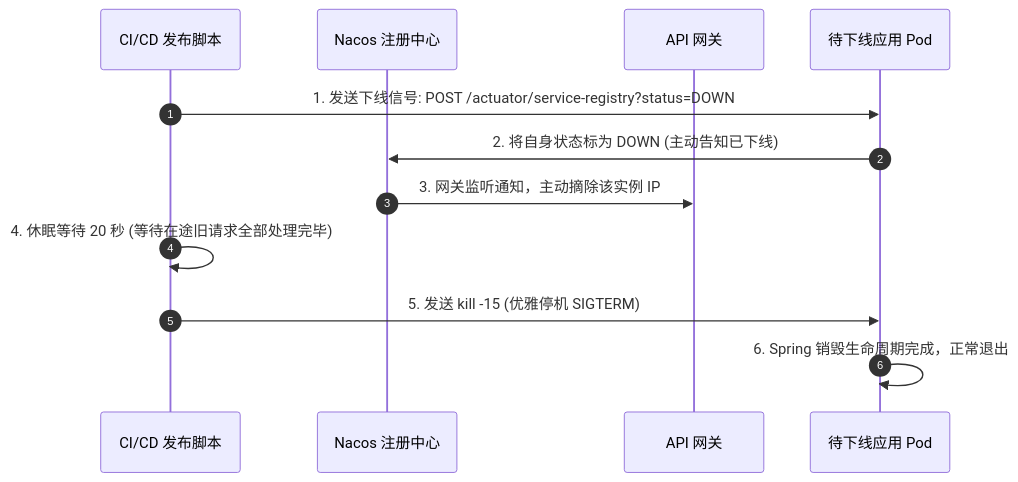
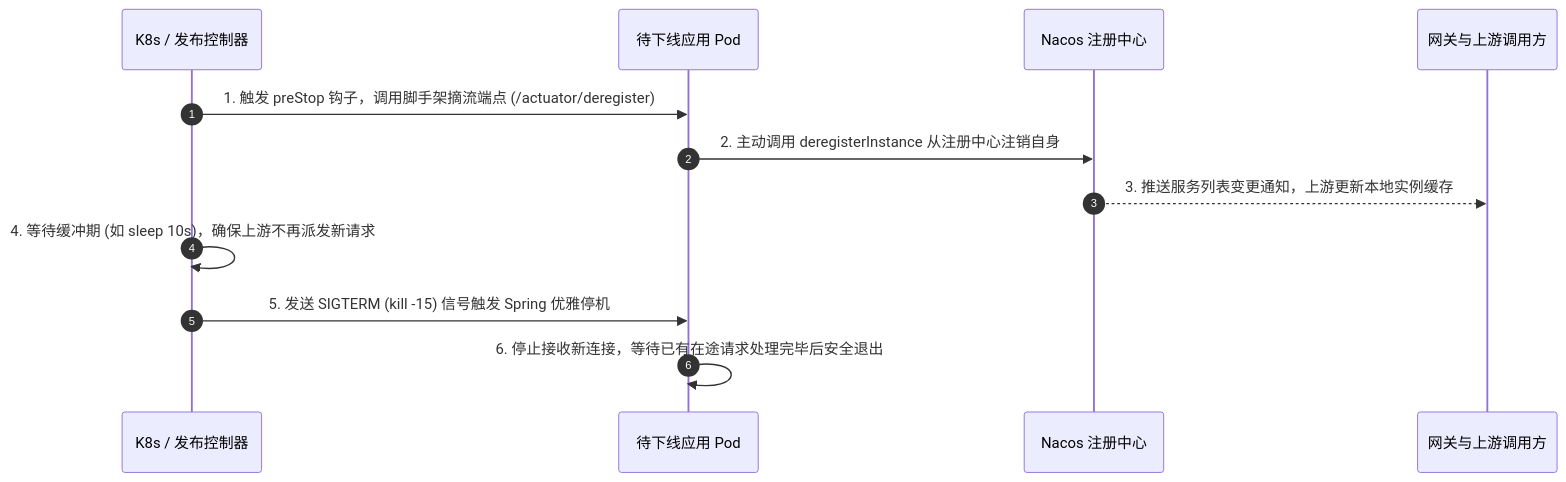
Before and after one commit to GuoWWWX/knowledge-base: the second of 2 diagrams in 20-Java后端/09-项目实战/04-项目-微服务治理脚手架.md, drawn with Mermaid. The commit also changed other lines of this file and 251 other files, not shown here.

````diff
--- a/20-Java后端/09-项目实战/04-项目-微服务治理脚手架.md
+++ b/20-Java后端/09-项目实战/04-项目-微服务治理脚手架.md
@@ -225,15 +229,15 @@
 ```mermaid
 sequenceDiagram
     autonumber
-    participant CICD as CI/CD 发布脚本
+    participant K8s as K8s / 发布控制器
+    participant Pod as 待下线应用 Pod
     participant Nacos as Nacos 注册中心
-    participant Gateway as API 网关
-    participant Pod as 待下线应用 Pod
+    participant Upstream as 网关与上游调用方
 
-    CICD->>Pod: 1. 发送下线信号: POST /actuator/service-registry?status=DOWN
-    Pod->>Nacos: 2. 将自身状态标为 DOWN (主动告知已下线)
-    Nacos->>Gateway: 3. 网关监听通知，主动摘除该实例 IP
-    CICD->>CICD: 4. 休眠等待 20 秒 (等待在途旧请求全部处理完毕)
-    CICD->>Pod: 5. 发送 kill -15 (优雅停机 SIGTERM)
-    Pod->>Pod: 6. Spring 销毁生命周期完成，正常退出
+    K8s->>Pod: 1. 触发 preStop 钩子，调用脚手架摘流端点 (/actuator/deregister)
+    Pod->>Nacos: 2. 主动调用 deregisterInstance 从注册中心注销自身
+    Nacos-->>Upstream: 3. 推送服务列表变更通知，上游更新本地实例缓存
+    K8s->>K8s: 4. 等待缓冲期 (如 sleep 10s)，确保上游不再派发新请求
+    K8s->>Pod: 5. 发送 SIGTERM (kill -15) 信号触发 Spring 优雅停机
+    Pod->>Pod: 6. 停止接收新连接，等待已有在途请求处理完毕后安全退出
 ```
````
